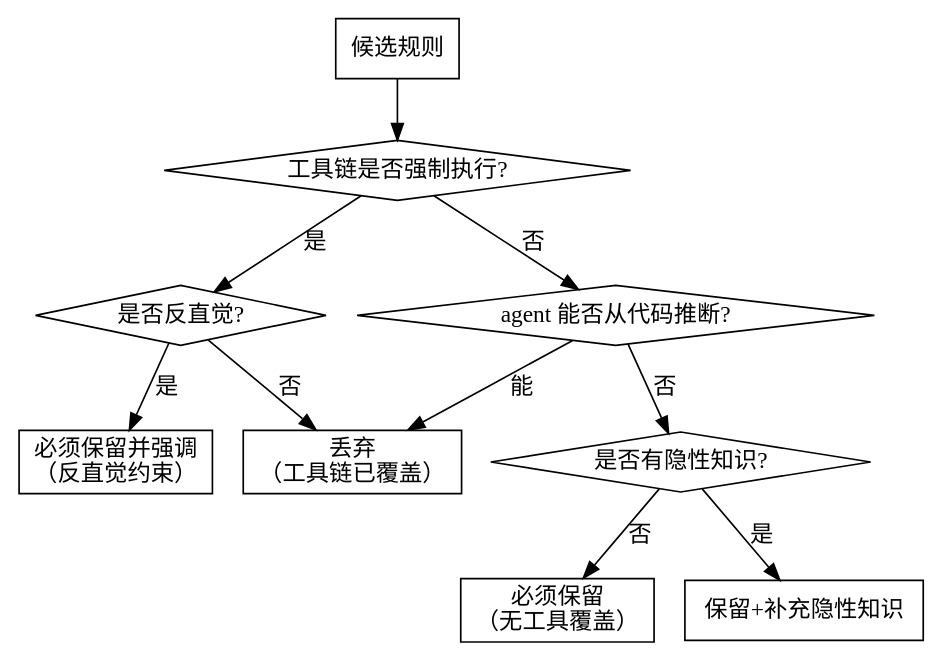
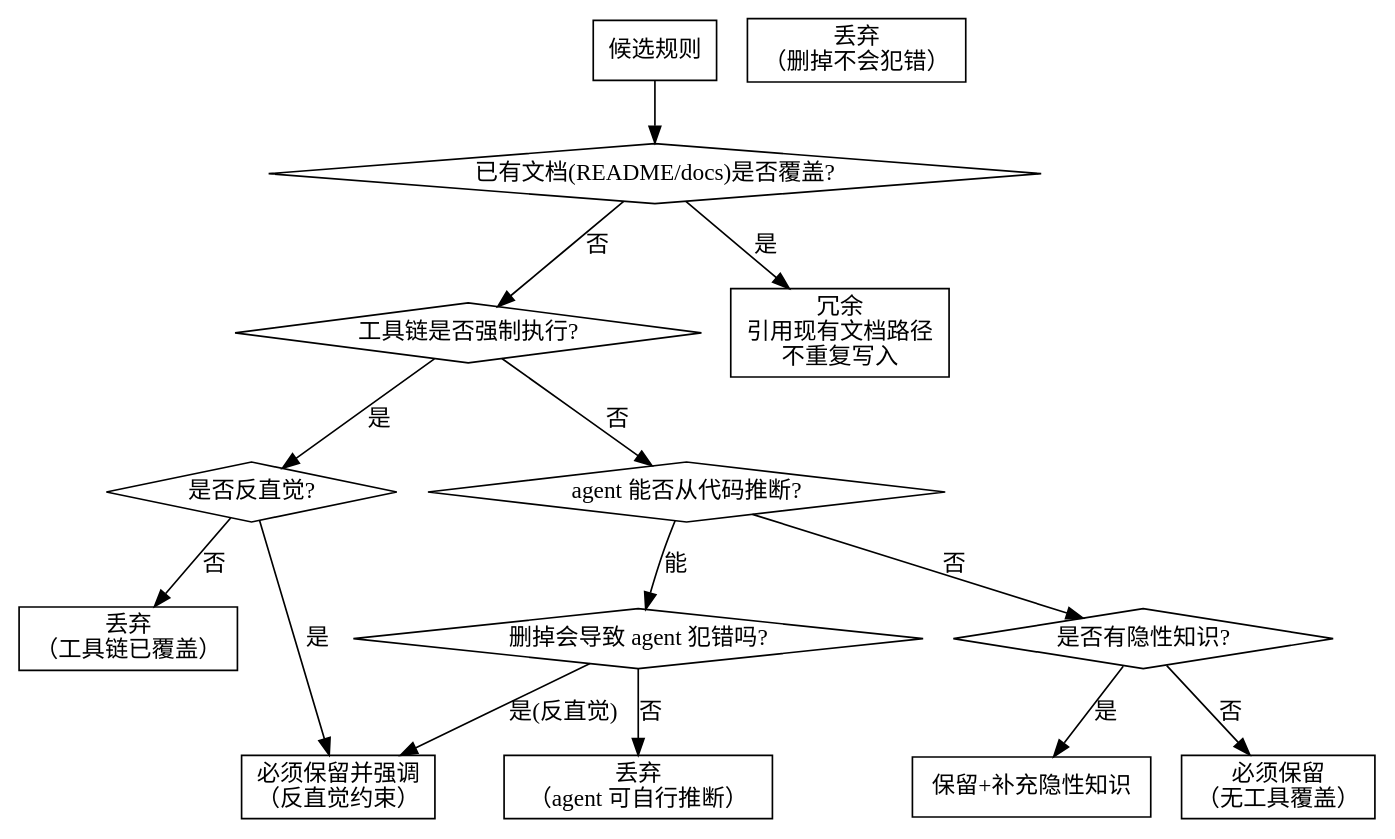
One commit to eefnrowe/crafts-hub changed the diagram in skills/writing-claude-md/coverage-analyzer.md. Above: the diagram before and after it, drawn with Graphviz. The commit also changed other lines of this file and 12 other files, not shown here.

````diff
--- a/skills/writing-claude-md/coverage-analyzer.md
+++ b/skills/writing-claude-md/coverage-analyzer.md
@@ -9,24 +16,33 @@
 ```dot
 digraph coverage {
     "候选规则" [shape=box];
+    "已有文档(README/docs)是否覆盖?" [shape=diamond];
     "工具链是否强制执行?" [shape=diamond];
     "是否反直觉?" [shape=diamond];
     "agent 能否从代码推断?" [shape=diamond];
+    "删掉会导致 agent 犯错吗?" [shape=diamond];
     "是否有隐性知识?" [shape=diamond];
 
+    "冗余:引用文档路径" [label="冗余\n引用现有文档路径\n不重复写入" shape=box];
     "丢弃" [label="丢弃\n（工具链已覆盖）" shape=box];
+    "必须强调" [label="必须保留并强调\n（反直觉约束）" shape=box];
+    "丢弃:可推断" [label="丢弃\n（agent 可自行推断）" shape=box];
+    "丢弃:非必要" [label="丢弃\n（删掉不会犯错）" shape=box];
+    "保留+补充" [label="保留+补充隐性知识" shape=box];
     "必须保留" [label="必须保留\n（无工具覆盖）" shape=box];
-    "保留+补充" [label="保留+补充隐性知识" shape=box];
-    "必须强调" [label="必须保留并强调\n（反直觉约束）" shape=box];
 
-    "候选规则" -> "工具链是否强制执行?";
+    "候选规则" -> "已有文档(README/docs)是否覆盖?";
+    "已有文档(README/docs)是否覆盖?" -> "冗余:引用文档路径" [label="是"];
+    "已有文档(README/docs)是否覆盖?" -> "工具链是否强制执行?" [label="否"];
     "工具链是否强制执行?" -> "是否反直觉?" [label="是"];
     "工具链是否强制执行?" -> "agent 能否从代码推断?" [label="否"];
     "是否反直觉?" -> "必须强调" [label="是"];
     "是否反直觉?" -> "丢弃" [label="否"];
-    "agent 能否从代码推断?" -> "丢弃" [label="能"];
+    "agent 能否从代码推断?" -> "删掉会导致 agent 犯错吗?" [label="能"];
     "agent 能否从代码推断?" -> "是否有隐性知识?" [label="否"];
+    "删掉会导致 agent 犯错吗?" -> "丢弃:可推断" [label="否"];
+    "删掉会导致 agent 犯错吗?" -> "必须强调" [label="是(反直觉)"];
     "是否有隐性知识?" -> "保留+补充" [label="是"];
     "是否有隐性知识?" -> "必须保留" [label="否"];
 }
 ```
````
